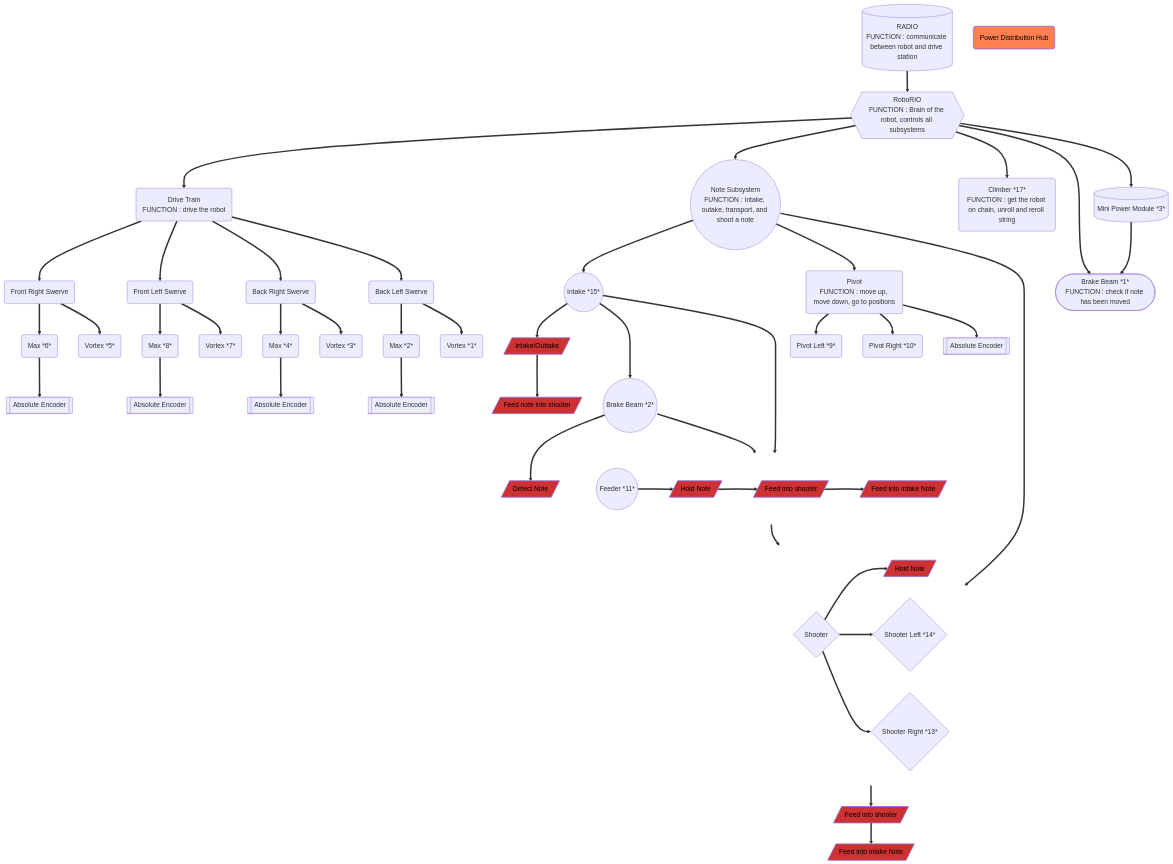
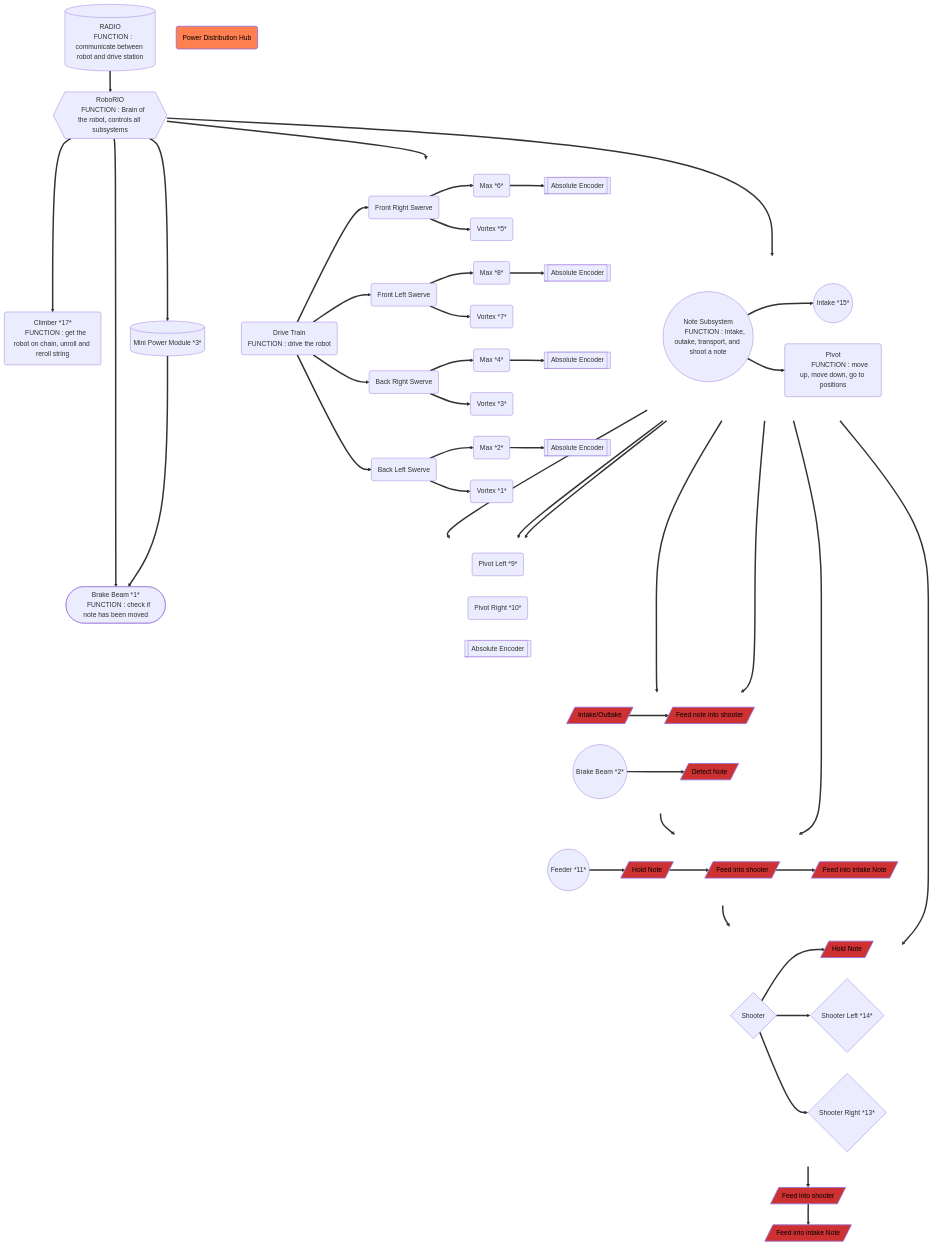
One commit to richardson-area-wide-robotics/Frc24-Crescendo-1745-OffSeason-AdvantageKit changed the diagram in tony_graphs.md. Above: the diagram before and after it, drawn with Mermaid.

````diff
--- a/tony_graphs.md
+++ b/tony_graphs.md
@@ -1,6 +1,8 @@
 ```mermaid
 
 graph TD;
+
+    %% Subgraph for Shooter System
     subgraph invisibleShooterGroup
         direction LR
         ShooterSystem{Shooter};
@@ -9,7 +11,8 @@
         ShooterSystem==>ShooterRight{Shooter Right *13*};
     end
 
-subgraph invisibleFeederGroup
+    %% Subgraph for Feeder System
+    subgraph invisibleFeederGroup
         direction LR
         FeederSystem ==>FUNCFEEDER;
         FUNCFEEDER[/Hold Note/] ==>FUNCFEEDER2;
@@ -17,48 +20,71 @@
         FUNCFEEDER3[/Feed into intake Note/];
     end
 
+    %% Subgraph for Note Subsystem
+    subgraph invisibleNoteSubsystemGroup
+        direction LR
+        NoteSubsystem((Note Subsystem
+        FUNCTION : Intake, outake, transport, and shoot a note));
+        NoteSubsystem==>IntakeSystem((Intake *15*));
+        NoteSubsystem==>ShooterSystem;
+        NoteSubsystem==>PivotSystem(Pivot
+        FUNCTION : move up, move down, go to positions);
+    end
+
+    %% Subgraph for Intake System
+    subgraph invisibleIntakeSystemGroup
+        direction LR
+        IntakeSystem==>FeederSystem((Feeder *11*))==>ShooterSystem;
+        IntakeSystem==>FUNCINTAKE1;
+        FUNCINTAKE1[/Intake/Outtake/]==>FUNCINTAKE2;
+        FUNCINTAKE2[/Feed note into shooter/];
+        IntakeSystem===>BrakeBeamNote((Brake Beam *2*))==>FeederSystem;
+        BrakeBeamNote==>FUNCBREAKBEAM;
+    end
+
+    %% Subgraph for Drive Train System
+    subgraph invisibleDriveTrainGroup
+        direction LR
+        DriveTrain(Drive Train
+        FUNCTION : drive the robot );
+        DriveTrain==>FrontRightSwerve(Front Right Swerve);
+        DriveTrain==>FrontLeftSwerve(Front Left Swerve);
+        DriveTrain==>BackRightSwerve(Back Right Swerve);
+        DriveTrain==>BackLeftSwerve(Back Left Swerve);
+        FrontRightSwerve==>MaxFR(Max *6*);
+        FrontLeftSwerve==>MaxFL(Max *8*);
+        BackRightSwerve==>MaxBR(Max *4*);
+        BackLeftSwerve==>MaxBL(Max *2*);
+        FrontRightSwerve==>VortexFR(Vortex *5*);
+        FrontLeftSwerve==>VortexFL(Vortex *7*);
+        BackRightSwerve==>VortexBR(Vortex *3*);
+        BackLeftSwerve==>VortexBL(Vortex *1*);
+        MaxFR==>EncoderFR[[Absolute Encoder]];
+        MaxFL==>EncoderFL[[Absolute Encoder]];
+        MaxBR==>EncoderBR[[Absolute Encoder]];
+        MaxBL==>EncoderBL[[Absolute Encoder]];
+    end
+
+    %% Subgraph for Pivot System
+    subgraph invisiblePivotSystemGroup
+        direction LR
+        PivotSystem==>PivotLeft(Pivot Left *9*);
+        PivotSystem==>PivotRight(Pivot Right *10*);
+        PivotSystem==>PivotEncoder[[Absolute Encoder]];
+    end
+
+    %% RoboRIO and other connections
     RoboRIO{{RoboRIO
-FUNCTION : Brain of the robot, controls all subsystems}}==>DriveTrain;
-    DriveTrain(Drive Train
-FUNCTION : drive the robot );
-    RoboRIO==>NoteSubsystem((Note Subsystem
-FUNCTION : Intake, outake, transport, and shoot a note));
-    NoteSubsystem==>IntakeSystem((Intake *15*));
-    NoteSubsystem==>ShooterSystem;
+    FUNCTION : Brain of the robot, controls all subsystems}}==>DriveTrain;
+    RoboRIO==>invisibleNoteSubsystemGroup;
     RoboRIO==>ClimberSystem(Climber *17*
-FUNCTION : get the robot on chain, unroll and reroll string);
-    IntakeSystem==>FeederSystem((Feeder *11*))==>ShooterSystem;
-    IntakeSystem==>FUNCINTAKE1;
-    NoteSubsystem==>PivotSystem(Pivot
-FUNCTION : move up, move down, go to positions);
-    PivotSystem==>PivotLeft(Pivot Left *9*);
-    PivotSystem==>PivotRight(Pivot Right *10*);
-    DriveTrain==>FrontRightSwerve(Front Right Swerve);
-    DriveTrain==>FrontLeftSwerve(Front Left Swerve);
-    DriveTrain==>BackRightSwerve(Back Right Swerve);
-    DriveTrain==>BackLeftSwerve(Back Left Swerve);
-    FrontRightSwerve==>MaxFR(Max *6*);
-    FrontLeftSwerve==>MaxFL(Max *8*);
-    BackRightSwerve==>MaxBR(Max *4*);
-    BackLeftSwerve==>MaxBL(Max *2*);
-    FrontRightSwerve==>VortexFR(Vortex *5*);
-    FrontLeftSwerve==>VortexFL(Vortex *7*);
-    BackRightSwerve==>VortexBR(Vortex *3*);
-    BackLeftSwerve==>VortexBL(Vortex *1*);
-    MaxFR==>EncoderFR[[Absolute Encoder]];
-    MaxFL==>EncoderFL[[Absolute Encoder]];
-    MaxBR==>EncoderBR[[Absolute Encoder]];
-    MaxBL==>EncoderBL[[Absolute Encoder]];
-    PivotSystem==>PivotEncoder[[Absolute Encoder]];
-    IntakeSystem===>BrakeBeamNote((Brake Beam *2*))==>FeederSystem;
-    BrakeBeamNote==>FUNCBREAKBEAM;
+    FUNCTION : get the robot on chain, unroll and reroll string);
     RoboRIO==>ShooterBrakeBeam([Brake Beam *1*
-FUNCTION : check if note has been moved]);
+    FUNCTION : check if note has been moved]);
     RoboRIO==>MiniPowerModule[(Mini Power Module *3*)]==>ShooterBrakeBeam;
     RADIO[(RADIO
-FUNCTION : communicate between robot and drive station)]==>RoboRIO;
-    FUNCINTAKE1[/Intake/Outtake/]==>FUNCINTAKE2;
-    FUNCINTAKE2[/Feed note into shooter/];
+    FUNCTION : communicate between robot and drive station)]==>RoboRIO;
+
     FUNCBREAKBEAM[/Detect Note/];
     FUNCSHOOTER[/Hold Note/] ==>FUNCSHOOTER2;
     FUNCSHOOTER2[/Feed into shooter/] ==> FUNCSHOOTER3;
@@ -70,12 +96,11 @@
     class FUNCINTAKE1,FUNCINTAKE2,FUNCINTAKE3,FUNCBREAKBEAM,FUNCFEEDER,FUNCFEEDER2,FUNCFEEDER3,FUNCSHOOTER,FUNCSHOOTER2,FUNCSHOOTER3 fuctionStyle;
 
     classDef invisible fill:none,stroke:none,color:transparent;
-    class invisibleShooterGroup,invisibleFeederGroup invisible;
+    class invisibleShooterGroup,invisibleFeederGroup,invisiblePivotSystemGroup,invisibleDriveTrainGroup,invisibleIntakeSystemGroup,invisibleNoteSubsystemGroup invisible;
 
     classDef powerStyle fill:#ff7f50,stroke-width:2px,color:#000;
     class PDH powerStyle;
 
     linkStyle default interpolate basis;
 
-
 ```
````
